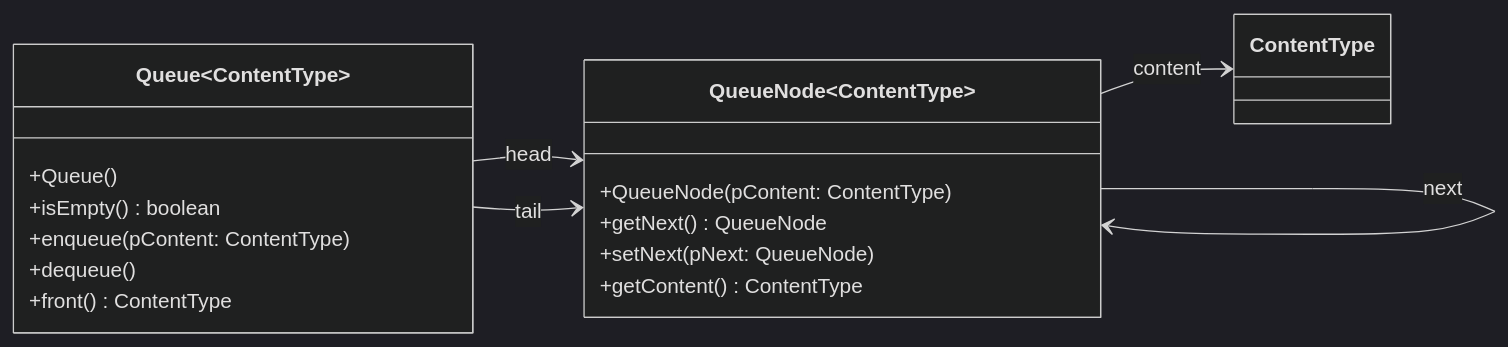
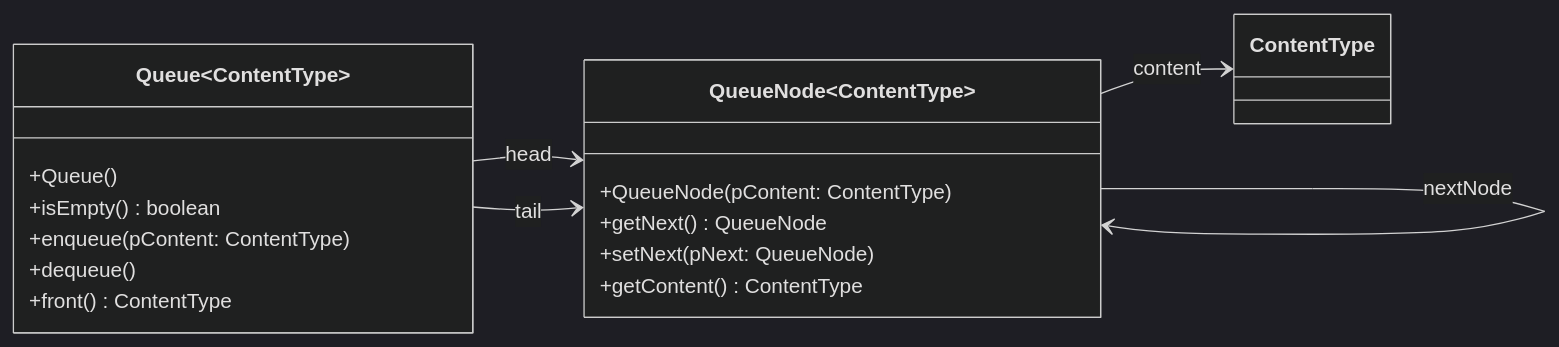
Before and after one commit to openpatch/hyperbook-informatik: the diagram in book/oberstufe/oop/02-erweiterungen/04-lineare-datenstrukturen/warteschlange/dokumentation.md, drawn with Mermaid (dark theme). The commit also changed other lines of this file and 29 other files, not shown here.

````diff
--- a/book/oberstufe/oop/02-erweiterungen/04-lineare-datenstrukturen/warteschlange/dokumentation.md
+++ b/book/oberstufe/oop/02-erweiterungen/04-lineare-datenstrukturen/warteschlange/dokumentation.md
@@ -18,28 +18,28 @@
 ```mermaid
 classDiagram
     direction LR
     class Queue~ContentType~ {
         +Queue()
         +isEmpty() boolean
         +enqueue(pContent: ContentType)
         +dequeue()
         +front() ContentType
     }
 
     class QueueNode~ContentType~ {
         +QueueNode(pContent: ContentType)
         +getNext() QueueNode
         +setNext(pNext: QueueNode)
         +getContent() ContentType
     }
 
     Queue~ContentType~ --> QueueNode~ContentType~:head 
     Queue~ContentType~ --> QueueNode~ContentType~: tail
-    QueueNode~ContentType~ --> QueueNode~ContentType~: next
+    QueueNode~ContentType~ --> QueueNode~ContentType~: nextNode
     QueueNode~ContentType~ --> ContentType: content
 
     class ContentType {
 
     }
 
 ```
````
